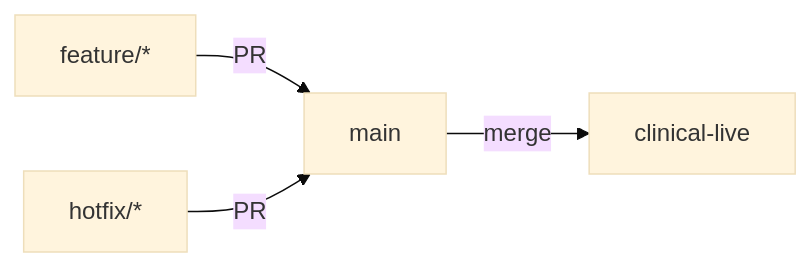
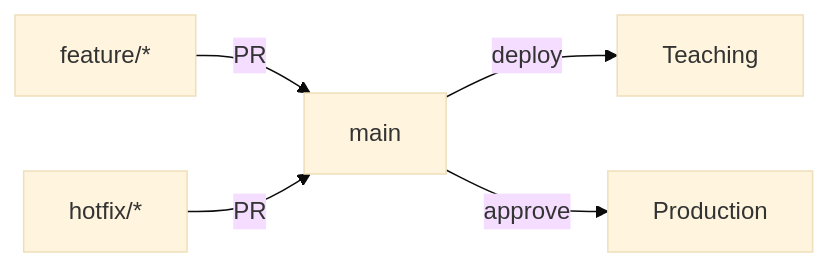
Before and after one commit to bailey-medics/quillmedical: the diagram in docs/docs/github/index.md, drawn with Mermaid (base theme). The commit also changed other lines of this file and 2 other files, not shown here.

````diff
--- a/docs/docs/github/index.md
+++ b/docs/docs/github/index.md
@@ -30,6 +30,7 @@
 ```mermaid
 graph LR
-    A[feature/*] -->|PR| B[main]
-    C[hotfix/*] -->|PR| B
-    B -->|merge| D[clinical-live]
+    A["feature/*"] -->|PR| B[main]
+    C["hotfix/*"] -->|PR| B
+    B -->|deploy| D[Teaching]
+    B -->|approve| E[Production]
 ```
````
